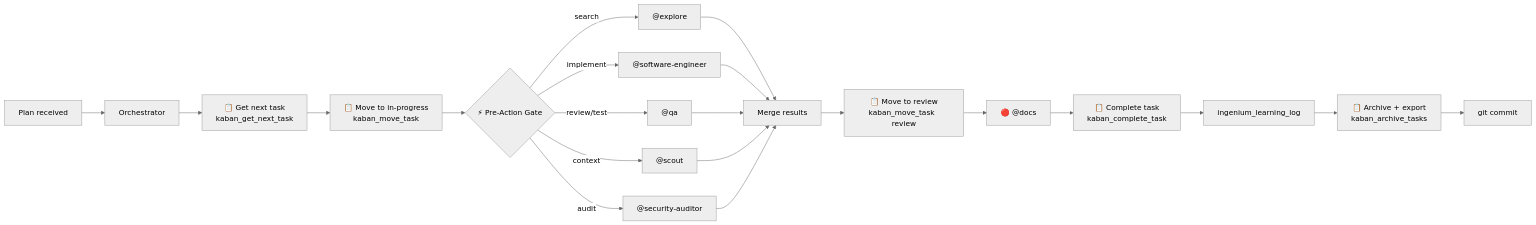
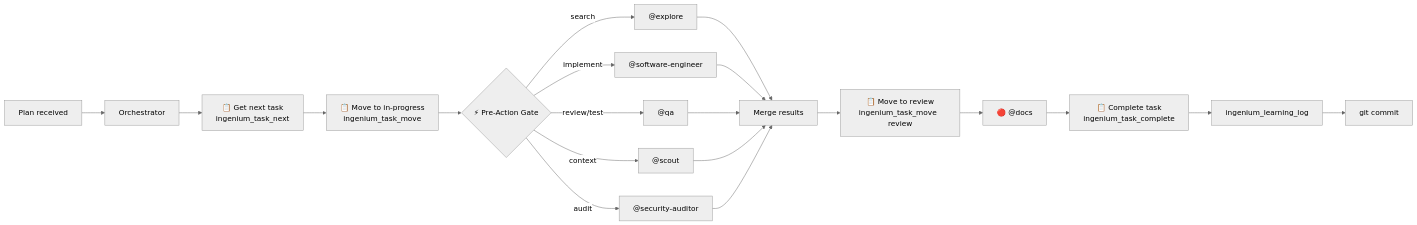
One commit to jtmb/ingenium changed the fourth of 4 diagrams in docs/agents.md. Above: the diagram before and after it, drawn with Mermaid (neutral theme). The commit also changed other lines of this file and 15 other files, not shown here.

````diff
--- a/docs/agents.md
+++ b/docs/agents.md
@@ -388,23 +369,22 @@
 ```mermaid
 flowchart LR
     PLAN["Plan received"] --> O["Orchestrator"]
-    O --> KGET["📋 Get next task<br/>kaban_get_next_task"]
-    KGET --> KPROG["📋 Move to in-progress<br/>kaban_move_task"]
+    O --> KGET["📋 Get next task<br/>ingenium_task_next"]
+    KGET --> KPROG["📋 Move to in-progress<br/>ingenium_task_move"]
     KPROG --> GATE{"⚡ Pre-Action Gate"}
     GATE -->|"search"| EXP["@explore"]
     GATE -->|"implement"| SE["@software-engineer"]
     GATE -->|"review/test"| QA["@qa"]
     GATE -->|"audit"| AUDIT["@security-auditor"]
     GATE -->|"context"| SCOUT["@scout"]
     EXP --> MERGE["Merge results"]
     SE --> MERGE
     QA --> MERGE
     SCOUT --> MERGE
     AUDIT --> MERGE
-    MERGE --> KREV["📋 Move to review<br/>kaban_move_task <id> review"]
+    MERGE --> KREV["📋 Move to review<br/>ingenium_task_move <id> review"]
     KREV --> DOC["🔴 @docs"]
-    DOC --> KCOMPLETE["📋 Complete task<br/>kaban_complete_task"]
+    DOC --> KCOMPLETE["📋 Complete task<br/>ingenium_task_complete"]
     KCOMPLETE --> LEARN["ingenium_learning_log"]
-    LEARN --> KARCHIVE["📋 Archive + export<br/>kaban_archive_tasks"]
-    KARCHIVE --> COMMIT["git commit"]
+    LEARN --> COMMIT["git commit"]
 ```
````
